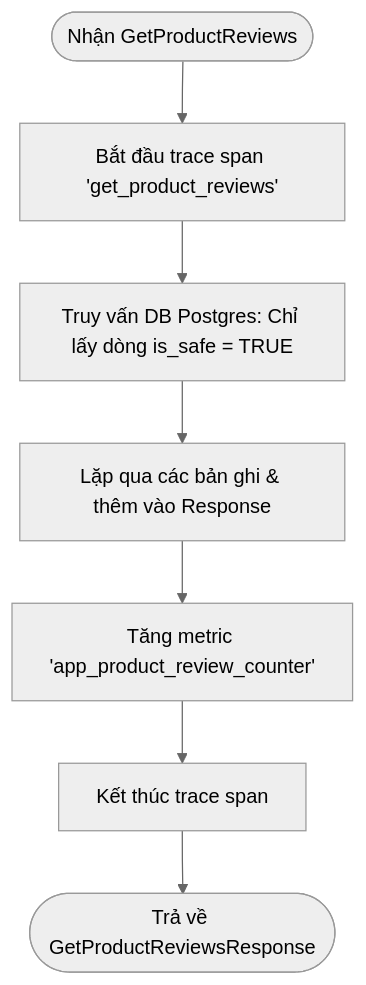
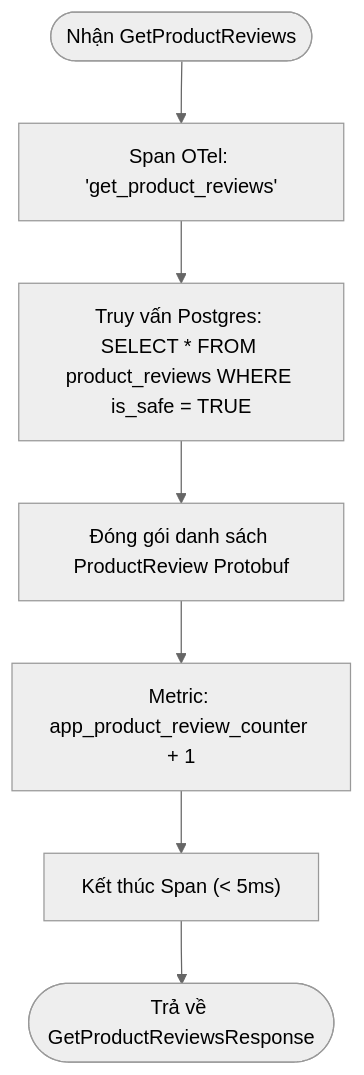
The third of 5 diagrams in AIE1/techx-corp-platform/src/product-reviews/README.md (DangThao195/AIO02_TF3_Phase3), drawn with Mermaid (neutral theme) before and after one commit. The commit also changed other lines of this file and 16 other files, not shown here.

````diff
--- a/AIE1/techx-corp-platform/src/product-reviews/README.md
+++ b/AIE1/techx-corp-platform/src/product-reviews/README.md
@@ -78,9 +102,9 @@
 ```mermaid
 flowchart TD
-    ReqReviews(["Nhận GetProductReviews"]) --> SpanReviews["Bắt đầu trace span 'get_product_reviews'"]
-    SpanReviews --> FetchDB["Truy vấn DB Postgres: Chỉ lấy dòng is_safe = TRUE"]
-    FetchDB --> LoopReviews["Lặp qua các bản ghi & thêm vào Response"]
-    LoopReviews --> CountMetric["Tăng metric 'app_product_review_counter'"]
-    CountMetric --> EndSpanReviews["Kết thúc trace span"]
-    EndSpanReviews --> RetReviews(["Trả về GetProductReviewsResponse"])
+    ReqReviews(["Nhận GetProductReviews"]) --> StartSpan["Span OTel: 'get_product_reviews'"]
+    StartSpan --> DBQuery["Truy vấn Postgres: SELECT * FROM product_reviews WHERE is_safe = TRUE"]
+    DBQuery --> MapResponse["Đóng gói danh sách ProductReview Protobuf"]
+    MapResponse --> IncMetric["Metric: app_product_review_counter + 1"]
+    IncMetric --> EndSpan["Kết thúc Span (< 5ms)"]
+    EndSpan --> RetReviews(["Trả về GetProductReviewsResponse"])
 ```
````
